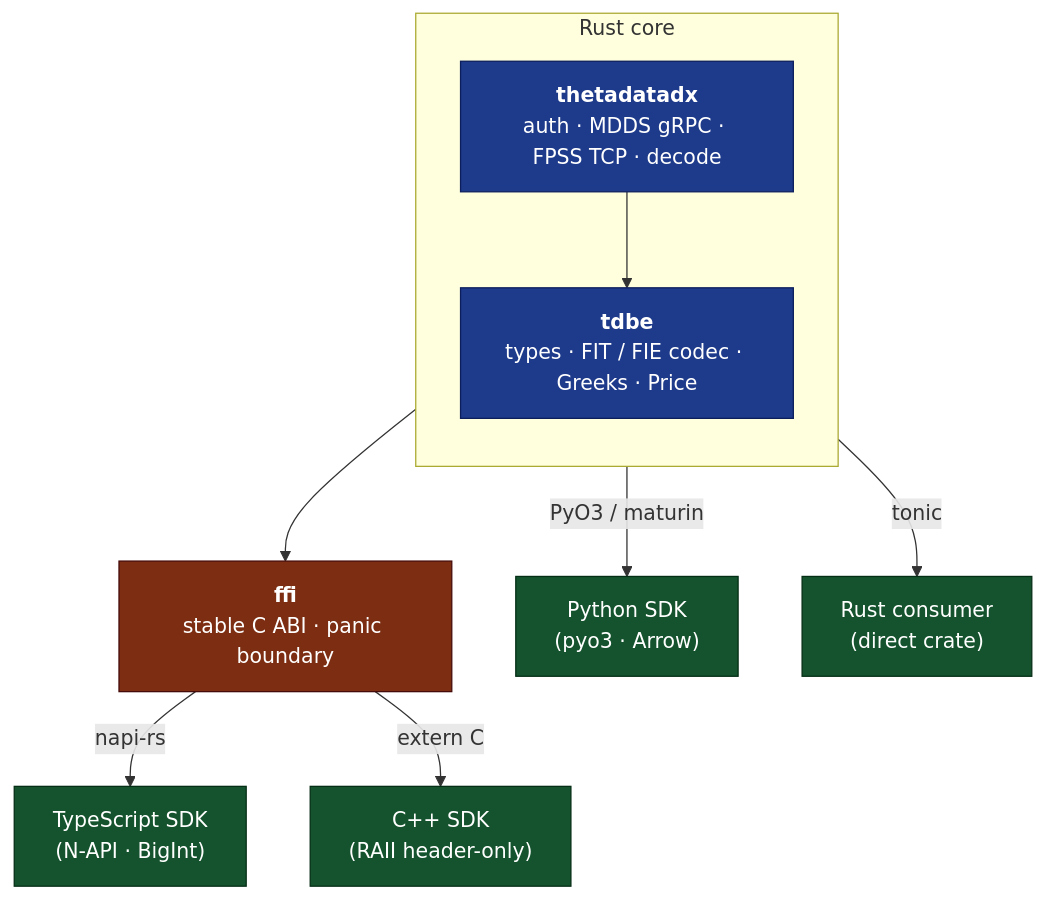
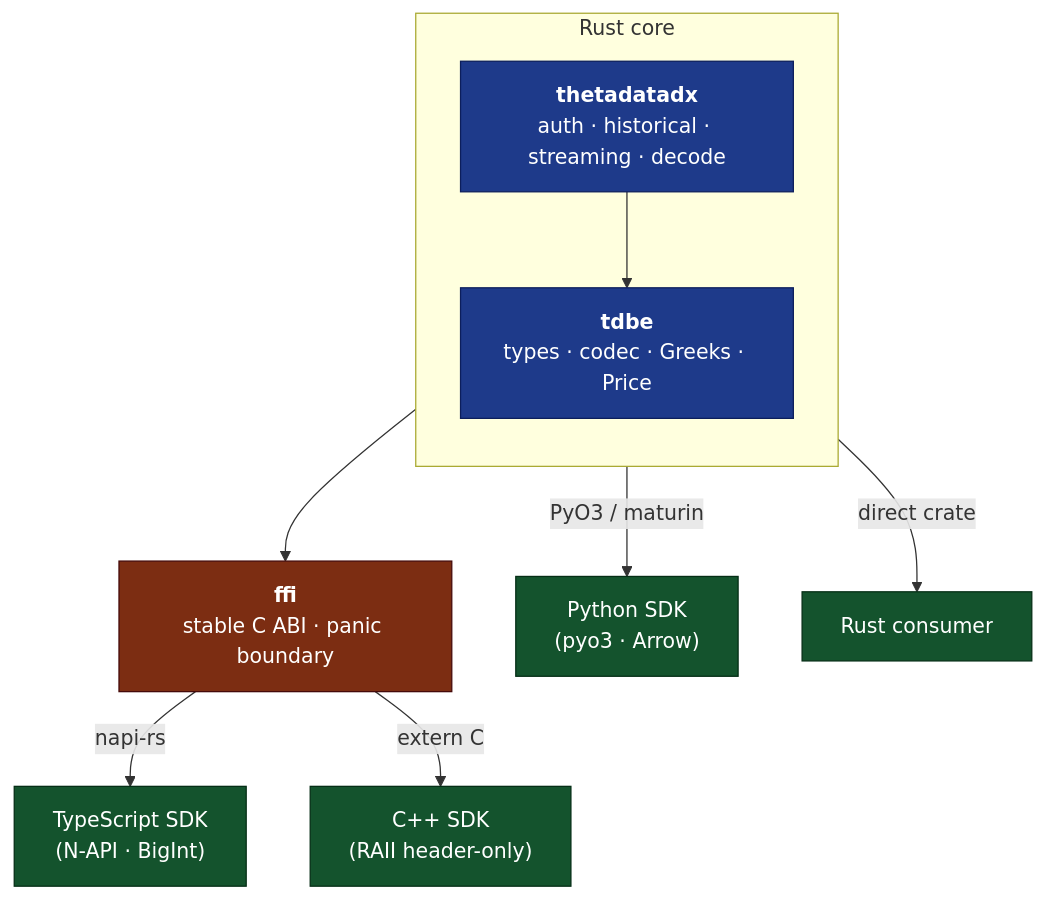
The diagram in README.md (userFRM/ThetaDataDx), drawn with Mermaid before and after one commit. The commit also changed other lines of this file and 527 other files, not shown here.

````diff
--- a/README.md
+++ b/README.md
@@ -185,24 +254,24 @@
 ```mermaid
 flowchart TB
     subgraph core["Rust core"]
         direction TB
-        thetadatadx["<b>thetadatadx</b><br/>auth · MDDS gRPC · FPSS TCP · decode"]
-        tdbe["<b>tdbe</b><br/>types · FIT / FIE codec · Greeks · Price"]
+        thetadatadx["<b>thetadatadx</b><br/>auth · historical · streaming · decode"]
+        tdbe["<b>tdbe</b><br/>types · codec · Greeks · Price"]
         thetadatadx --> tdbe
     end
 
     ffi["<b>ffi</b><br/>stable C ABI · panic boundary"]
     core --> ffi
 
     core -->|PyO3 / maturin| python["Python SDK<br/>(pyo3 · Arrow)"]
     ffi -->|napi-rs| ts["TypeScript SDK<br/>(N-API · BigInt)"]
     ffi -->|extern C| cpp["C++ SDK<br/>(RAII header-only)"]
-    core -->|tonic| rust["Rust consumer<br/>(direct crate)"]
+    core -->|direct crate| rust["Rust consumer"]
 
     classDef coreStyle fill:#1e3a8a,stroke:#0c1e5c,color:#fff
     classDef ffiStyle fill:#7c2d12,stroke:#450a0a,color:#fff
     classDef sdkStyle fill:#14532d,stroke:#052e16,color:#fff
     class thetadatadx,tdbe coreStyle
     class ffi ffiStyle
     class python,ts,cpp,rust sdkStyle
 ```
````
